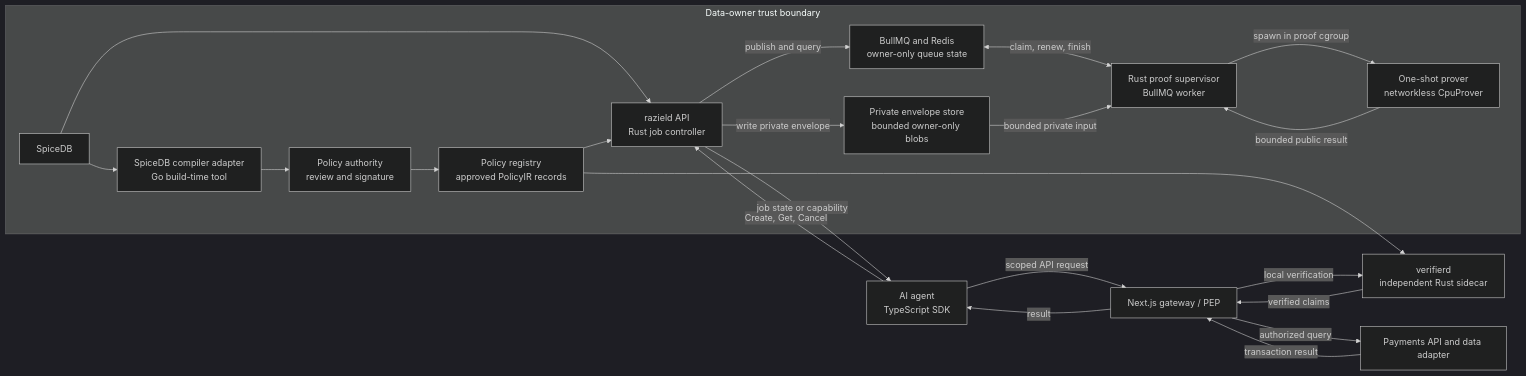
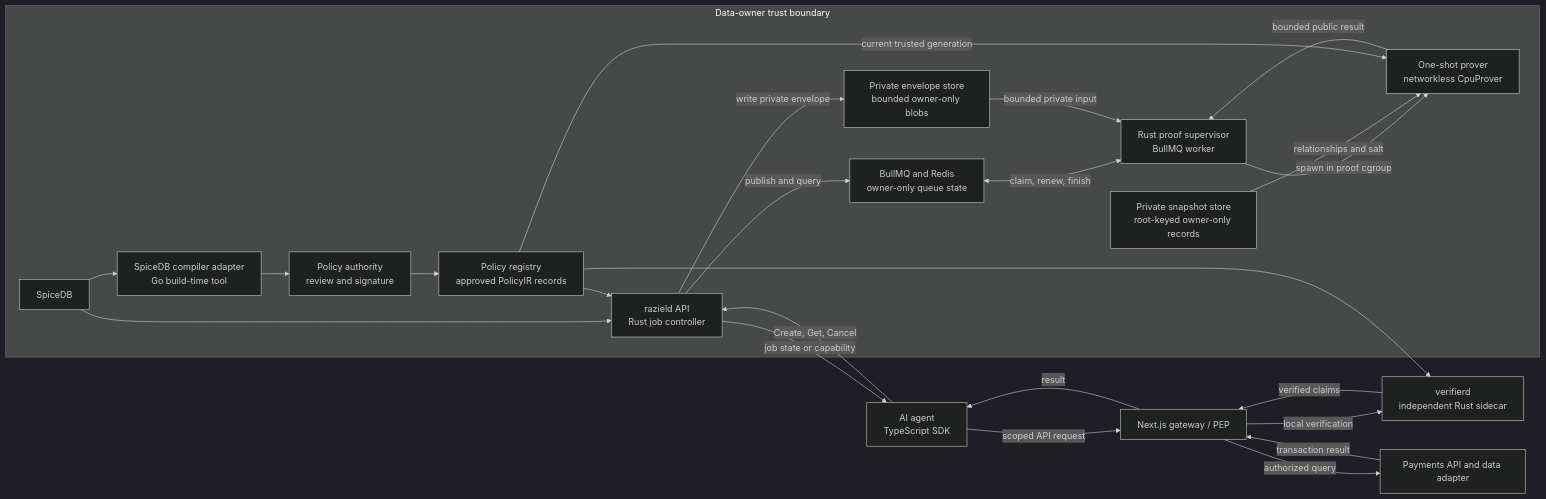
One commit to gitaalekhyapaul/hypha-backend changed the first of 3 diagrams in ARCHITECTURE.md. Above: the diagram before and after it, drawn with Mermaid (dark theme). The commit also changed other lines of this file and 32 other files, not shown here.

````diff
--- a/ARCHITECTURE.md
+++ b/ARCHITECTURE.md
@@ -119,35 +119,38 @@
 ```mermaid
 flowchart LR
     subgraph OWNER["Data-owner trust boundary"]
         S["SpiceDB"]
         C["SpiceDB compiler adapter\nGo build-time tool"]
         PA["Policy authority\nreview and signature"]
         R["razield API\nRust job controller"]
         Q["BullMQ and Redis\nowner-only queue state"]
         B["Private envelope store\nbounded owner-only blobs"]
+        D["Private snapshot store\nroot-keyed owner-only records"]
         W["Rust proof supervisor\nBullMQ worker"]
         E["One-shot prover\nnetworkless CpuProver"]
         PR["Policy registry\napproved PolicyIR records"]
         S --> C
         C --> PA
         PA --> PR
         S --> R
         PR --> R
         R -->|"publish and query"| Q
         R -->|"write private envelope"| B
         Q <-->|"claim, renew, finish"| W
         B -->|"bounded private input"| W
         W -->|"spawn in proof cgroup"| E
+        D -->|"relationships and salt"| E
+        PR -->|"current trusted generation"| E
         E -->|"bounded public result"| W
     end
 
     A["AI agent\nTypeScript SDK"] -->|"Create, Get, Cancel"| R
     R -->|"job state or capability"| A
     A -->|"scoped API request"| G["Next.js gateway / PEP"]
     G -->|"local verification"| V["verifierd\nindependent Rust sidecar"]
     PR --> V
     V -->|"verified claims"| G
     G -->|"authorized query"| P["Payments API and data adapter"]
     P -->|"transaction result"| G
     G -->|"result"| A
 ```
````
